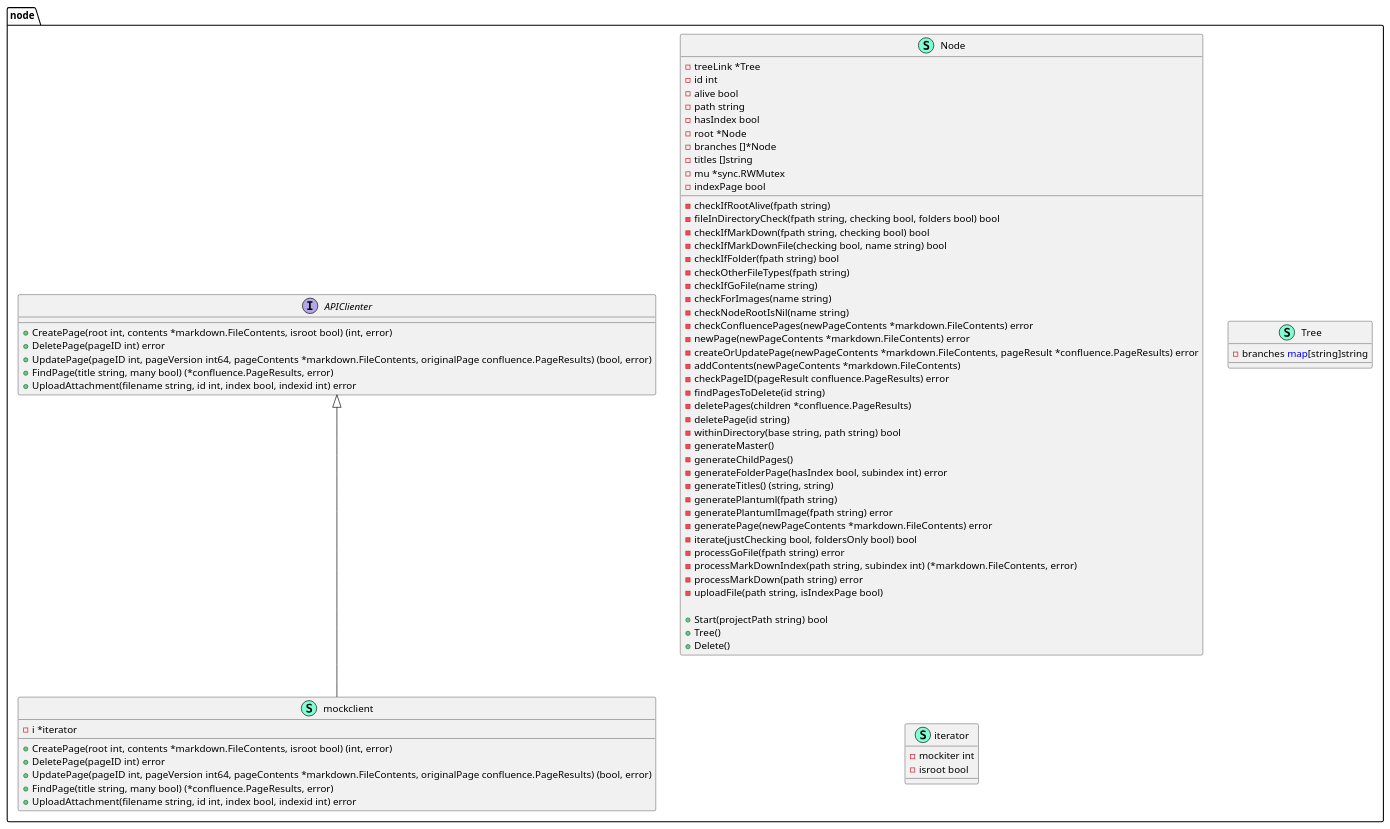
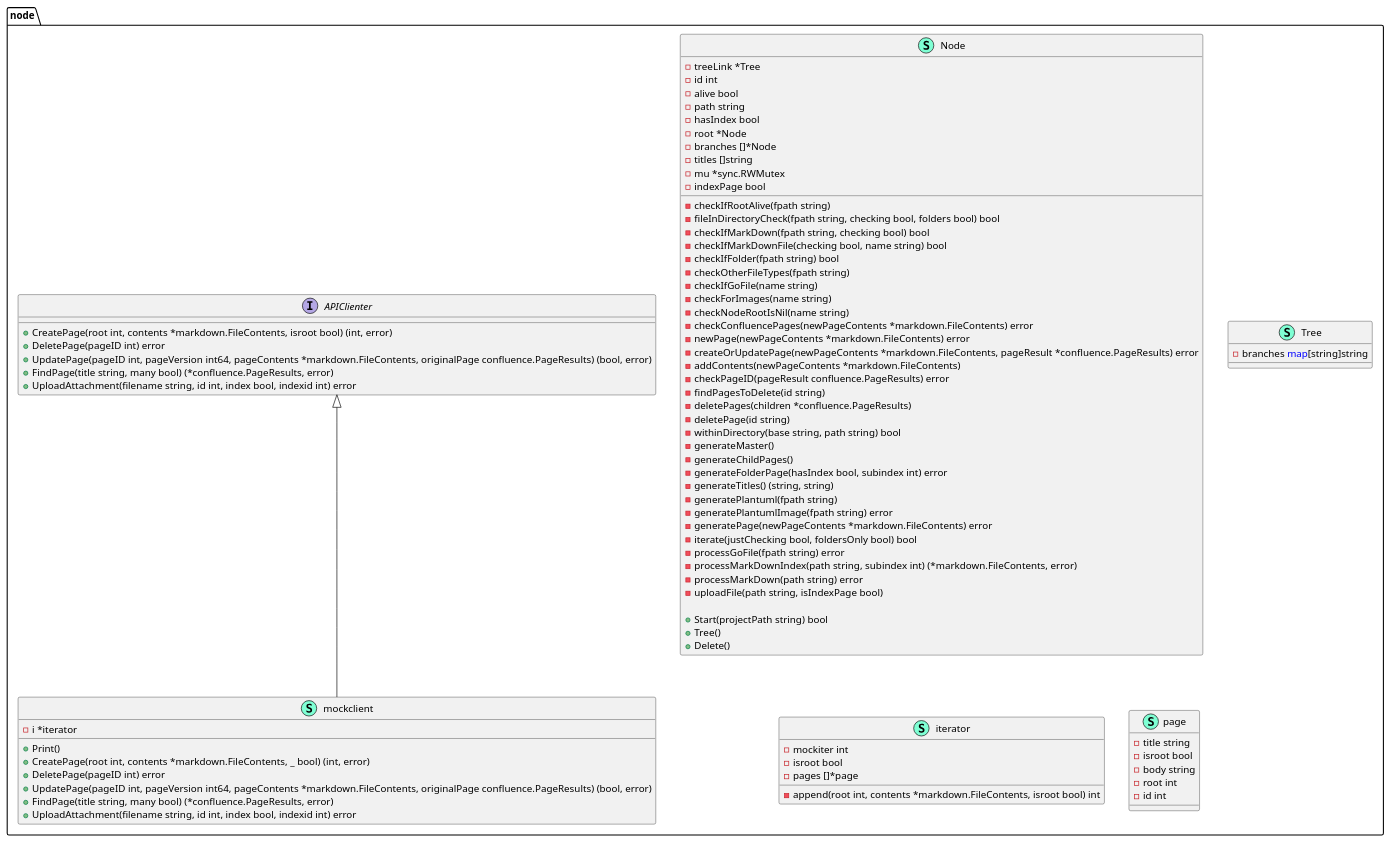
One commit to xiatechs/markdown-to-confluence changed the diagram in node/node-pumldiagram.puml. Above: the diagram before and after it, drawn with PlantUML. The commit also changed 9 other files, not shown here.

```diff
--- a/node/node-pumldiagram.puml
+++ b/node/node-pumldiagram.puml
@@ -1,82 +1,94 @@
 @startuml
 namespace node {
     interface APIClienter  {
         + CreatePage(root int, contents *markdown.FileContents, isroot bool) (int, error)
         + DeletePage(pageID int) error
         + UpdatePage(pageID int, pageVersion int64, pageContents *markdown.FileContents, originalPage confluence.PageResults) (bool, error)
         + FindPage(title string, many bool) (*confluence.PageResults, error)
         + UploadAttachment(filename string, id int, index bool, indexid int) error
 
     }
     class Node << (S,Aquamarine) >> {
         - treeLink *Tree
         - id int
         - alive bool
         - path string
         - hasIndex bool
         - root *Node
         - branches []*Node
         - titles []string
         - mu *sync.RWMutex
         - indexPage bool
 
         - checkIfRootAlive(fpath string) 
         - fileInDirectoryCheck(fpath string, checking bool, folders bool) bool
         - checkIfMarkDown(fpath string, checking bool) bool
         - checkIfMarkDownFile(checking bool, name string) bool
         - checkIfFolder(fpath string) bool
         - checkOtherFileTypes(fpath string) 
         - checkIfGoFile(name string) 
         - checkForImages(name string) 
         - checkNodeRootIsNil(name string) 
         - checkConfluencePages(newPageContents *markdown.FileContents) error
         - newPage(newPageContents *markdown.FileContents) error
         - createOrUpdatePage(newPageContents *markdown.FileContents, pageResult *confluence.PageResults) error
         - addContents(newPageContents *markdown.FileContents) 
         - checkPageID(pageResult confluence.PageResults) error
         - findPagesToDelete(id string) 
         - deletePages(children *confluence.PageResults) 
         - deletePage(id string) 
         - withinDirectory(base string, path string) bool
         - generateMaster() 
         - generateChildPages() 
         - generateFolderPage(hasIndex bool, subindex int) error
         - generateTitles() (string, string)
         - generatePlantuml(fpath string) 
         - generatePlantumlImage(fpath string) error
         - generatePage(newPageContents *markdown.FileContents) error
         - iterate(justChecking bool, foldersOnly bool) bool
         - processGoFile(fpath string) error
         - processMarkDownIndex(path string, subindex int) (*markdown.FileContents, error)
         - processMarkDown(path string) error
         - uploadFile(path string, isIndexPage bool) 
 
         + Start(projectPath string) bool
         + Tree() 
         + Delete() 
 
     }
     class Tree << (S,Aquamarine) >> {
         - branches <font color=blue>map</font>[string]string
 
     }
     class iterator << (S,Aquamarine) >> {
         - mockiter int
         - isroot bool
+        - pages []*page
+
+        - append(root int, contents *markdown.FileContents, isroot bool) int
 
     }
     class mockclient << (S,Aquamarine) >> {
         - i *iterator
 
-        + CreatePage(root int, contents *markdown.FileContents, isroot bool) (int, error)
+        + Print() 
+        + CreatePage(root int, contents *markdown.FileContents, _ bool) (int, error)
         + DeletePage(pageID int) error
         + UpdatePage(pageID int, pageVersion int64, pageContents *markdown.FileContents, originalPage confluence.PageResults) (bool, error)
         + FindPage(title string, many bool) (*confluence.PageResults, error)
         + UploadAttachment(filename string, id int, index bool, indexid int) error
+
+    }
+    class page << (S,Aquamarine) >> {
+        - title string
+        - isroot bool
+        - body string
+        - root int
+        - id int
 
     }
 }
 
 "node.APIClienter" <|-- "node.mockclient"
 
 @enduml
```
